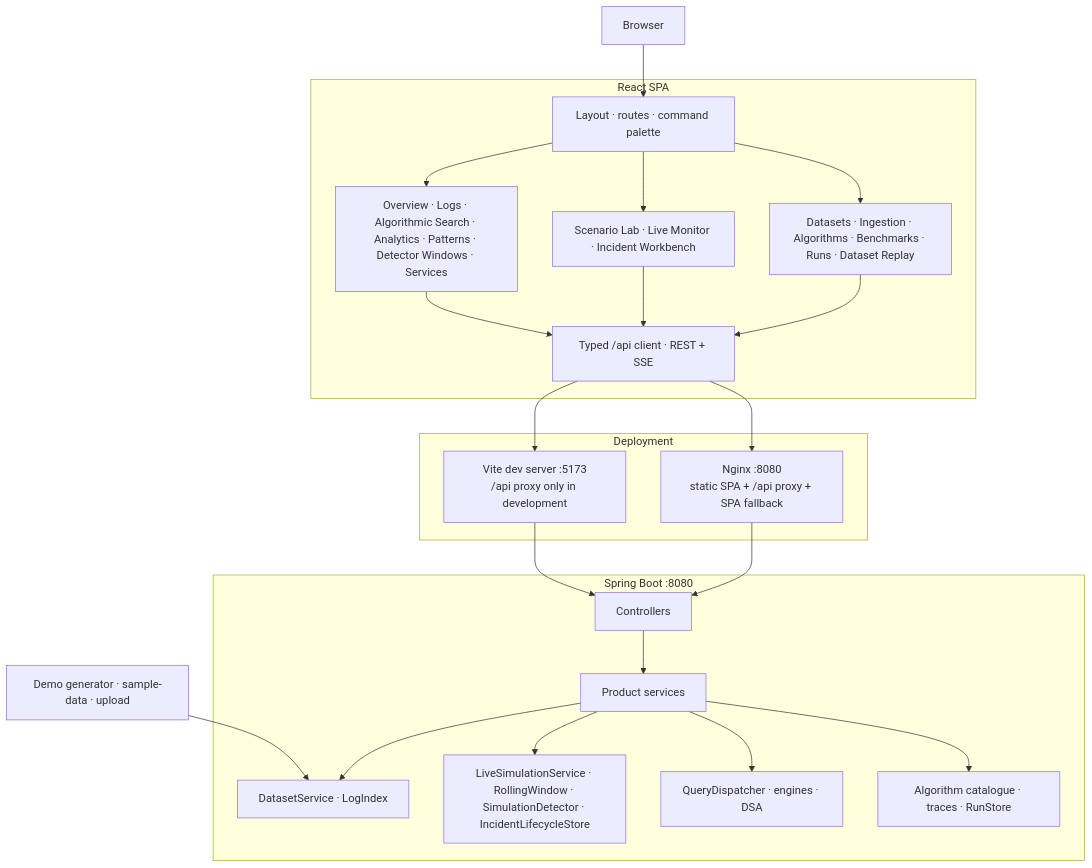
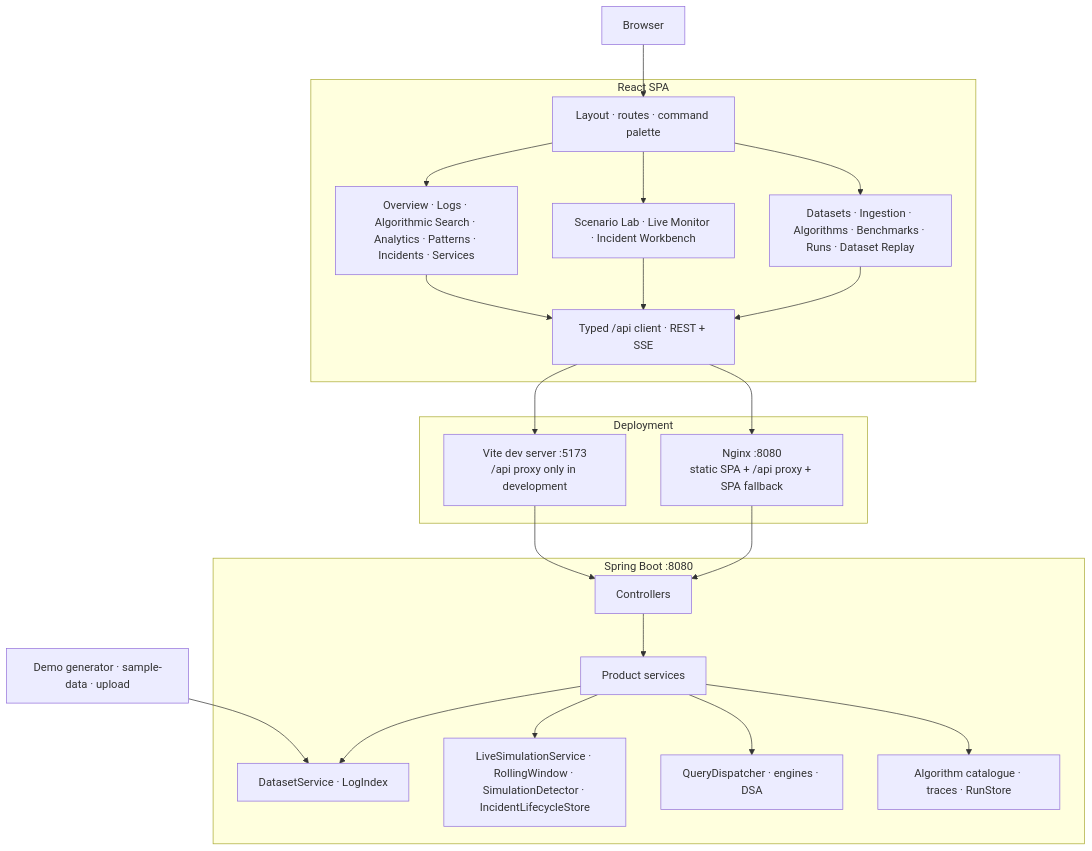
One commit to karkalashivareddy/KLH_CSE_2026-27_DSA-3_S3_T17_Loginsight-Analyzer changed the diagram in docs/ARCHITECTURE_DIAGRAM.md. Above: the diagram before and after it, drawn with Mermaid. The commit also changed 51 other files, not shown here.

````diff
--- a/docs/ARCHITECTURE_DIAGRAM.md
+++ b/docs/ARCHITECTURE_DIAGRAM.md
@@ -5,44 +5,44 @@
 ```mermaid
 flowchart TB
     Browser[Browser]
     subgraph UI[React SPA]
         Shell[Layout · routes · command palette]
-        Pages[Overview · Logs · Algorithmic Search · Analytics · Patterns · Detector Windows · Services]
+        Pages[Overview · Logs · Algorithmic Search · Analytics · Patterns · Incidents · Services]
         Sim[Scenario Lab · Live Monitor · Incident Workbench]
         Lab[Datasets · Ingestion · Algorithms · Benchmarks · Runs · Dataset Replay]
         API[Typed /api client · REST + SSE]
     end
 
     subgraph Deploy[Deployment]
         Vite[Vite dev server :5173\n/api proxy only in development]
         Nginx[Nginx :8080\nstatic SPA + /api proxy + SPA fallback]
     end
 
     subgraph Backend[Spring Boot :8080]
         Controllers[Controllers]
         Services[Product services]
         Index[DatasetService · LogIndex]
         Sim2[LiveSimulationService · RollingWindow · SimulationDetector · IncidentLifecycleStore]
         Engines[QueryDispatcher · engines · DSA]
         Catalog[Algorithm catalogue · traces · RunStore]
     end
 
     Samples[Demo generator · sample-data · upload]
     Browser --> Shell
     Shell --> Pages
     Shell --> Sim
     Shell --> Lab
     Pages --> API
     Sim --> API
     Lab --> API
     API --> Vite
     API --> Nginx
     Vite --> Controllers
     Nginx --> Controllers
     Samples --> Index
     Controllers --> Services
     Services --> Index
     Services --> Sim2
     Services --> Engines
     Services --> Catalog
 ```
````
